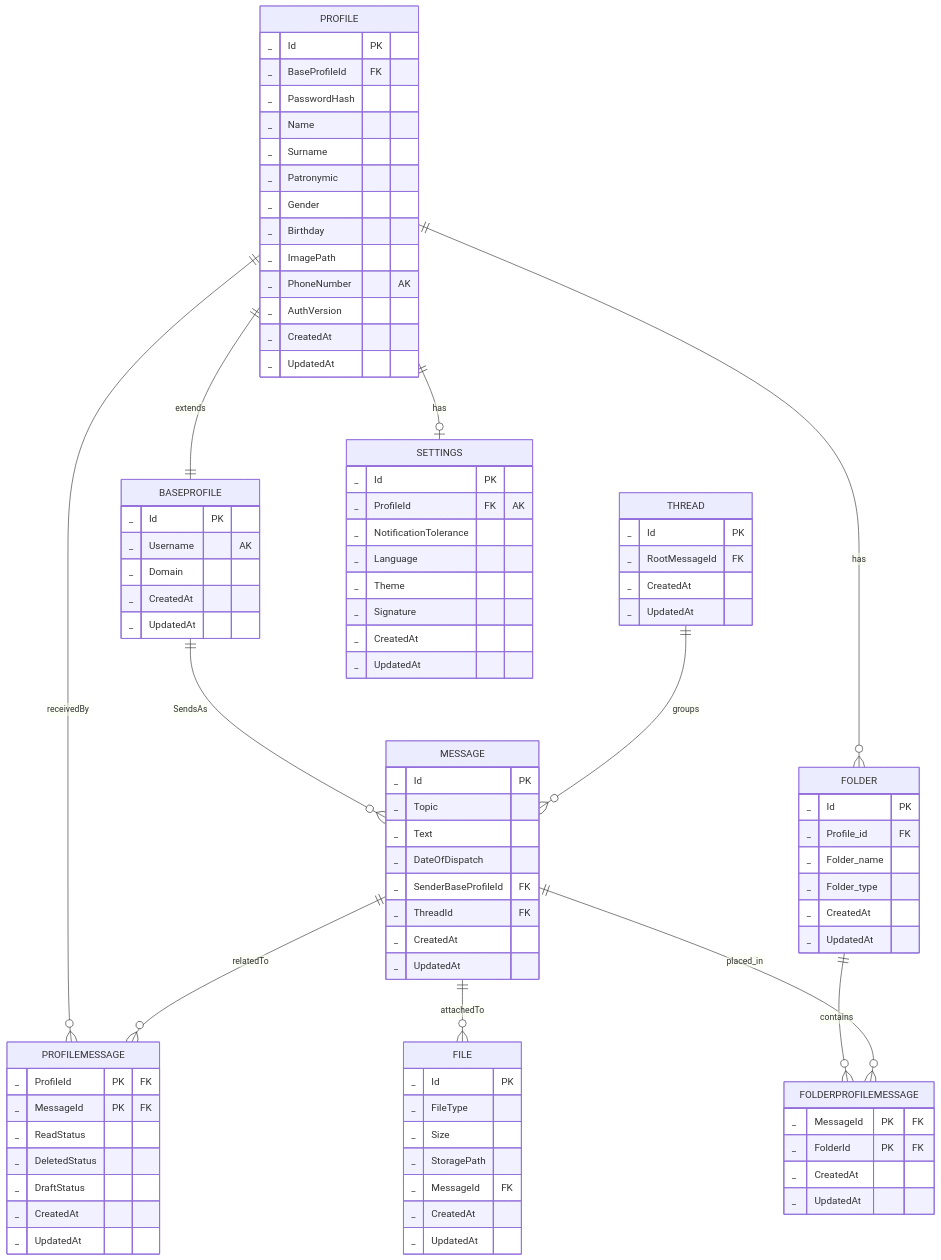
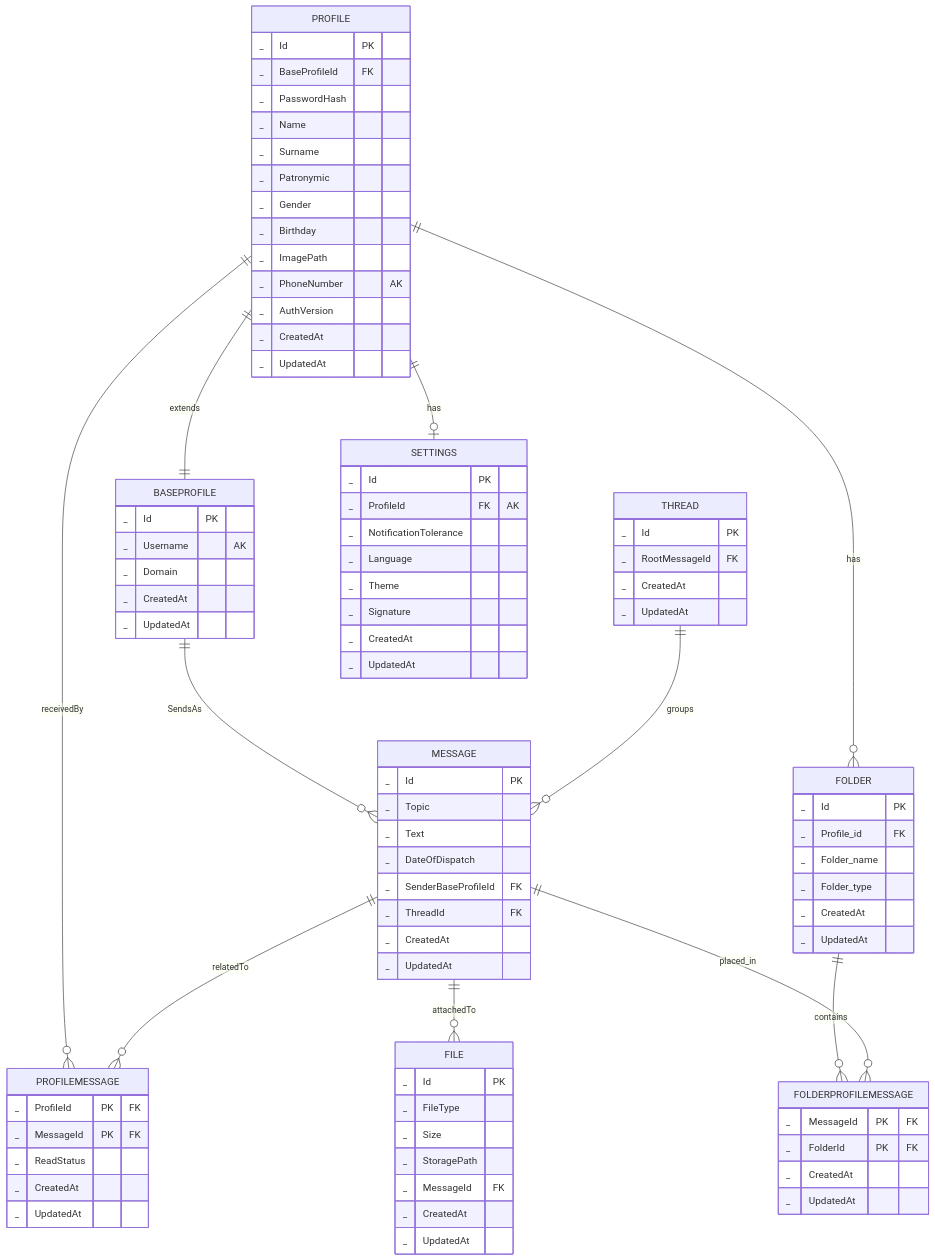
Before and after one commit to go-park-mail-ru/2025_2_A4Code: the second of 2 diagrams in db/normalized/RELATIONS.md, drawn with Mermaid. The commit also changed other lines of this file and 1 other file, not shown here.

```diff
--- a/db/normalized/RELATIONS.md
+++ b/db/normalized/RELATIONS.md
@@ -174,8 +172,6 @@
         _ ProfileId PK "FK"
         _ MessageId PK "FK"
         _ ReadStatus
-        _ DeletedStatus
-        _ DraftStatus
         _ CreatedAt
         _ UpdatedAt
     }
```
